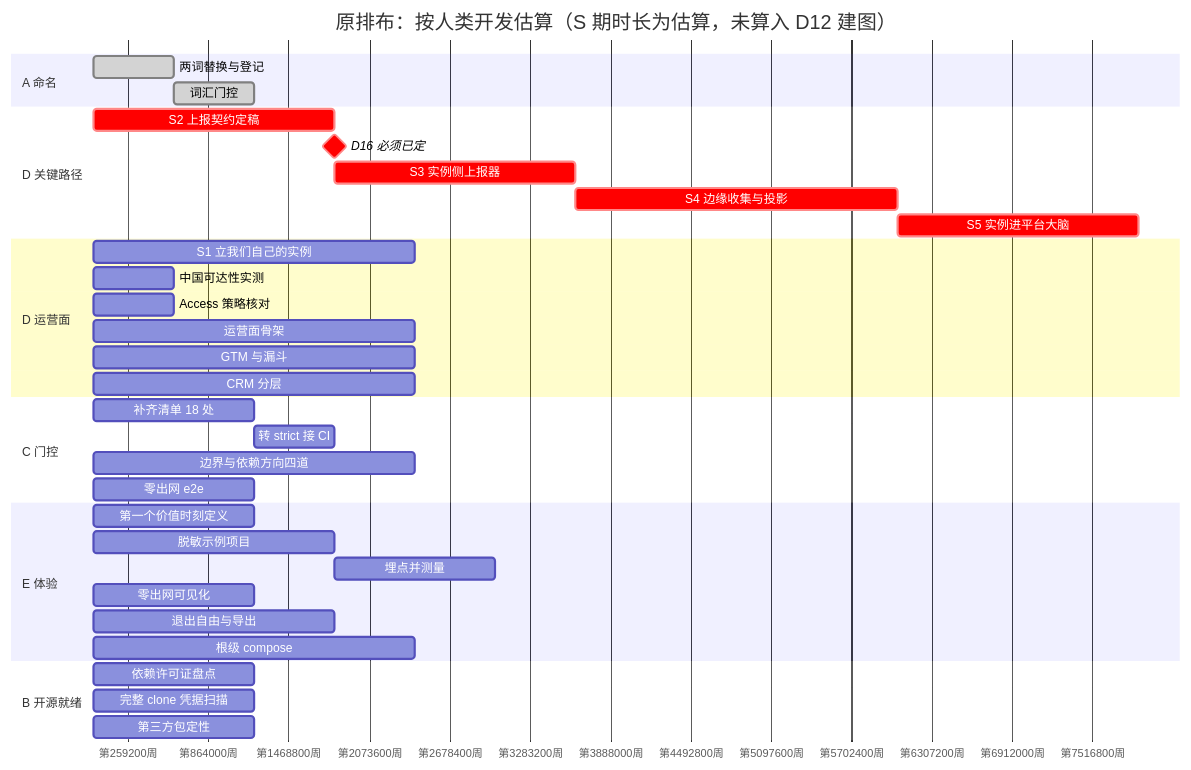
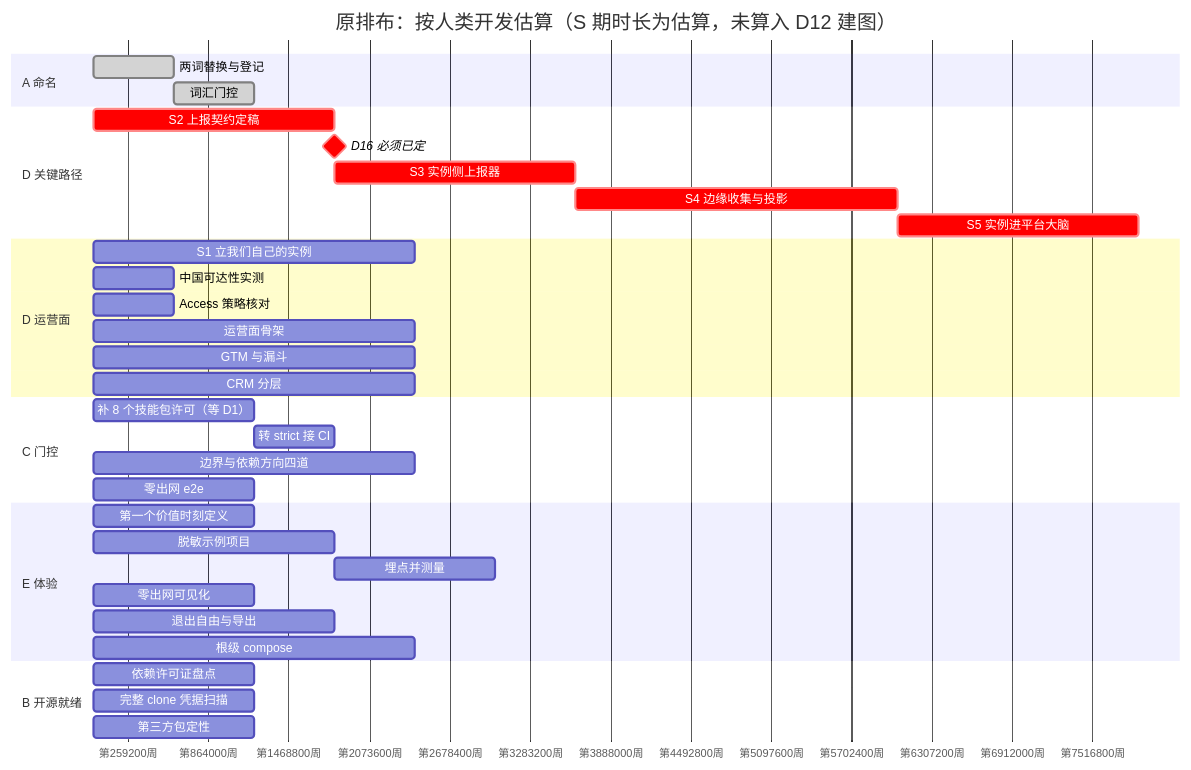
The fourth of 4 diagrams in docs/research/implementation-backlog.md (boardx/workspacex), drawn with Mermaid before and after one commit. The commit also changed other lines of this file and 4 other files, not shown here.

````diff
--- a/docs/research/implementation-backlog.md
+++ b/docs/research/implementation-backlog.md
@@ -314,38 +315,38 @@
 ```mermaid
 gantt
     title 原排布：按人类开发估算（S 期时长为估算，未算入 D12 建图）
     dateFormat X
     axisFormat 第%s周
     section A 命名
     两词替换与登记          :done, a1, 0, 1w
     词汇门控               :done, a2, after a1, 1w
     section D 关键路径
     S2 上报契约定稿         :crit, d8, 0, 3w
     D16 必须已定           :milestone, crit, g16, after d8, 0d
     S3 实例侧上报器         :crit, d9, after d8, 3w
     S4 边缘收集与投影       :crit, d10, after d9, 4w
     S5 实例进平台大脑       :crit, d11, after d10, 3w
     section D 运营面
     S1 立我们自己的实例      :d4, 0, 4w
     中国可达性实测          :d5, 0, 1w
     Access 策略核对        :d6, 0, 1w
     运营面骨架             :d1, 1, 4w
     GTM 与漏斗            :d2, 4, 4w
     CRM 分层              :d3, 6, 4w
     section C 门控
-    补齐清单 18 处          :c1, 0, 2w
+    补 8 个技能包许可（等 D1）:c1, 0, 2w
     转 strict 接 CI       :c2, after c1, 1w
     边界与依赖方向四道       :c3, 1, 4w
     零出网 e2e            :c8, 3, 2w
     section E 体验
     第一个价值时刻定义       :e1, 0, 2w
     脱敏示例项目           :e2, 1, 3w
     埋点并测量             :e3, after e2, 2w
     零出网可见化           :e4, 3, 2w
     退出自由与导出          :e5, 4, 3w
     根级 compose          :e7, 8, 4w
     section B 开源就绪
     依赖许可证盘点          :b1, 0, 2w
     完整 clone 凭据扫描     :b3, 0, 2w
     第三方包定性           :b2, 2, 2w
 ```
````
